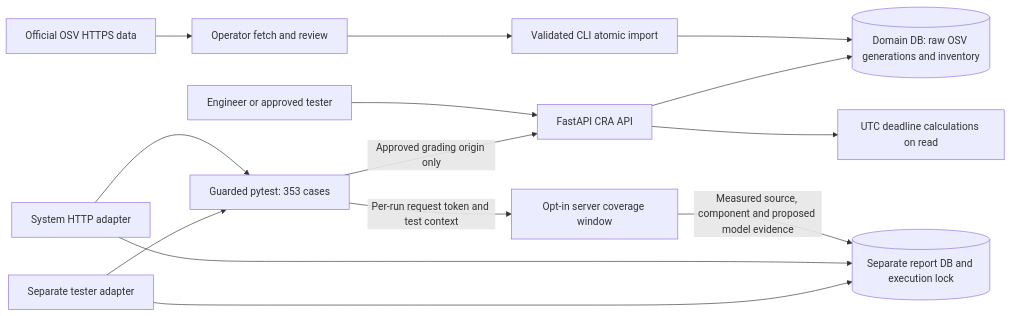
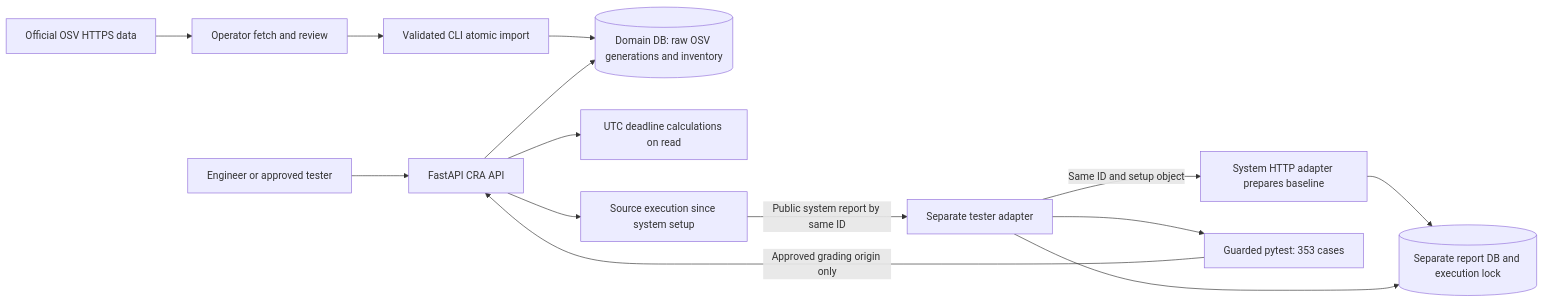
Before and after one commit to Awesomegardener/ECE30861_Phase_3: the first of 8 diagrams in docs/models.md, drawn with Mermaid. The commit also changed other lines of this file and 43 other files, not shown here.

````diff
--- a/docs/models.md
+++ b/docs/models.md
@@ -13,16 +13,17 @@
 ```mermaid
 flowchart LR
  U[Engineer or approved tester] --> A[FastAPI CRA API]
  O[Official OSV HTTPS data] --> F[Operator fetch and review]
  F --> I[Validated CLI atomic import]
  I --> D[(Domain DB: raw OSV generations and inventory)]
  A --> D
  A --> C[UTC deadline calculations on read]
- H[System HTTP adapter] --> P[Guarded pytest: 353 cases]
+ T -->|Same ID and setup object| H[System HTTP adapter prepares baseline]
  T[Separate tester adapter] --> P
+ P[Guarded pytest: 353 cases]
  P -->|Approved grading origin only| A
- P -->|Per-run request token and test context| W[Opt-in server coverage window]
- W -->|Measured source, component and proposed model evidence| R
+ A --> W[Source execution since system setup]
+ W -->|Public system report by same ID| T
  H --> R[(Separate report DB and execution lock)]
  T --> R
 ```
````
